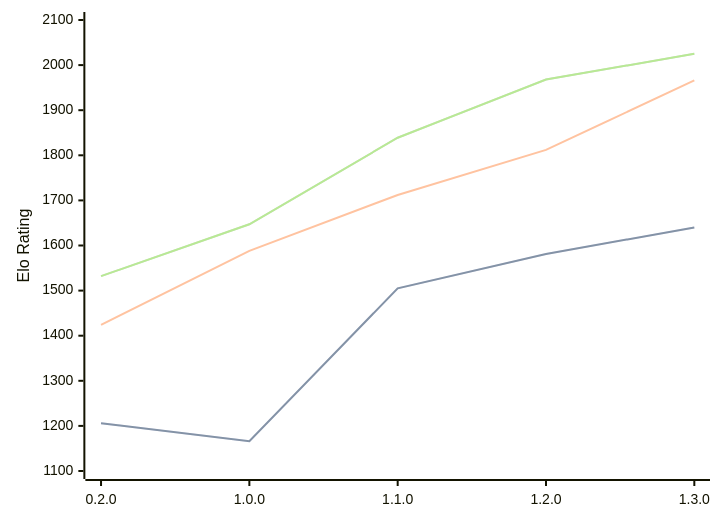
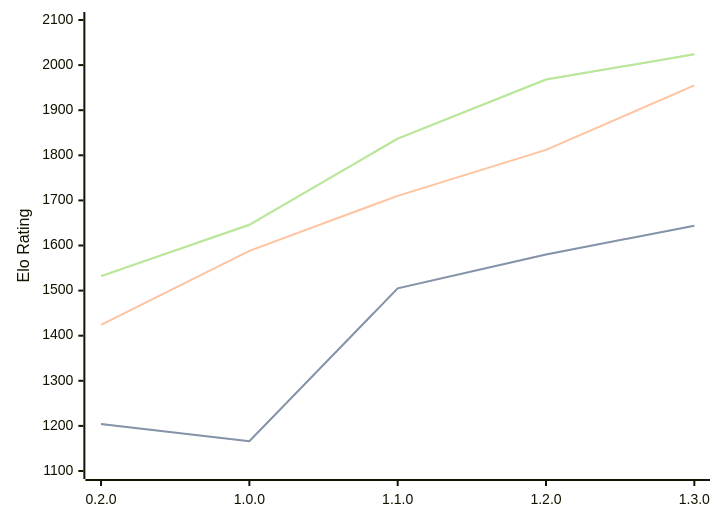
The diagram in engines/Zeppelin.md (computer-chess-index/cci), drawn with Mermaid before and after one commit. The commit also changed other lines of this file, not shown here.

Commit message:
Update CCI Ratings (ELO VLTC) - 2026-03-12

````diff
--- a/engines/Zeppelin.md
+++ b/engines/Zeppelin.md
@@ -35,11 +35,11 @@
 ```mermaid
 %%{init: {"theme":"base","themeVariables":{"seriesColors:['#a3a3a3','#222221','#faa371']}}}%%
 xychart-beta
   x-axis ["0.2.0", "1.0.0", "1.1.0", "1.2.0", "1.3.0"]
   y-axis "Elo Rating" 1100 --> 2100
-  line "STC (8.0+0.08s)" [1206, 1166, 1505, 1581, 1640]
-  line "STC (8.0+0.08s)" [1206, 1166, 1505, 1581, 1640]
-  line "LTC (60.0+0.60s)" [1424, 1588, 1712, 1812, 1966]
-  line "VLTC (2m24s+1.12s)" [1532, 1647, 1839, 1968, 2025]
-  line "VLTC (2m24s+1.12s)" [1532, 1647, 1839, 1968, 2025]
+  line "STC (8.0+0.08s)" [1204, 1166, 1505, 1580, 1644]
+  line "STC (8.0+0.08s)" [1204, 1166, 1505, 1580, 1644]
+  line "LTC (60.0+0.60s)" [1424, 1588, 1710, 1812, 1955]
+  line "VLTC (2m24s+1.12s)" [1532, 1646, 1837, 1968, 2024]
+  line "VLTC (2m24s+1.12s)" [1532, 1646, 1837, 1968, 2024]
 ```
````
